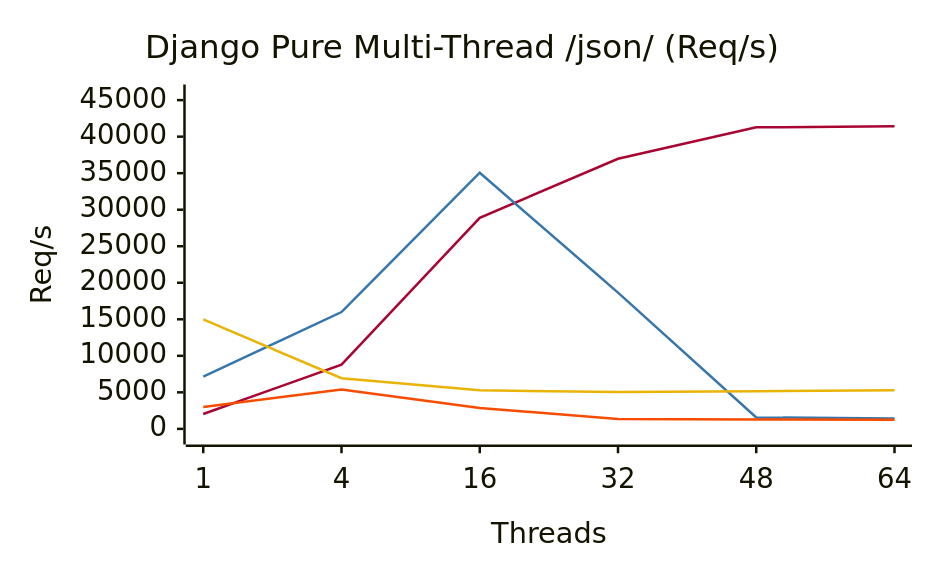
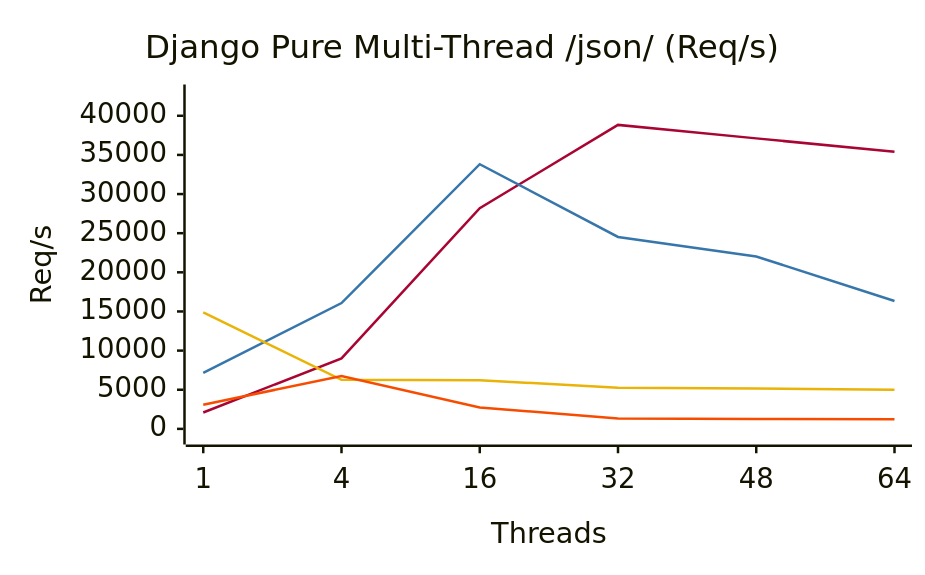
One commit to erlpython/epython changed the third of 14 diagrams in README.md. Above: the diagram before and after it, drawn with Mermaid. The commit also changed other lines of this file and 1 other file, not shown here.

````diff
--- a/README.md
+++ b/README.md
@@ -124,34 +124,34 @@
 ```mermaid
 ---
 config:
   xyChart:
     width: 720
     height: 440
     titleFontSize: 26
     titlePadding: 14
     xAxis:
       labelFontSize: 22
       labelPadding: 8
       titleFontSize: 23
       titlePadding: 10
     yAxis:
       labelFontSize: 22
       labelPadding: 8
       titleFontSize: 23
       titlePadding: 10
   themeVariables:
     xyChart:
       backgroundColor: "transparent"
       plotColorPalette: "#A90533, #3776AB, #EAB308, #F74C00"
   themeCSS: |
     .main { transform: translate(4px, 10px) scale(0.71); transform-origin: 0 0; }
 ---
 xychart-beta
     title "Django Pure Multi-Thread /json/ (Req/s)"
     x-axis "Threads" ["1", "4", "16", "32", "48", "64"]
-    y-axis "Req/s" 0 --> 45000
-    line [2033, 8791, 28894, 36969, 41277, 41412]
-    line [7152, 15997, 35063, 18656, 1569, 1418]
-    line [14976, 6936, 5271, 5046, 5141, 5289]
-    line [2994, 5386, 2858, 1345, 1274, 1257]
+    y-axis "Req/s" 0 --> 42000
+    line [2087, 9010, 28193, 38837, 37114, 35399]
+    line [7141, 16071, 33814, 24521, 22025, 16339]
+    line [14892, 6267, 6227, 5247, 5144, 5006]
+    line [3081, 6761, 2744, 1327, 1248, 1243]
 ```
````
